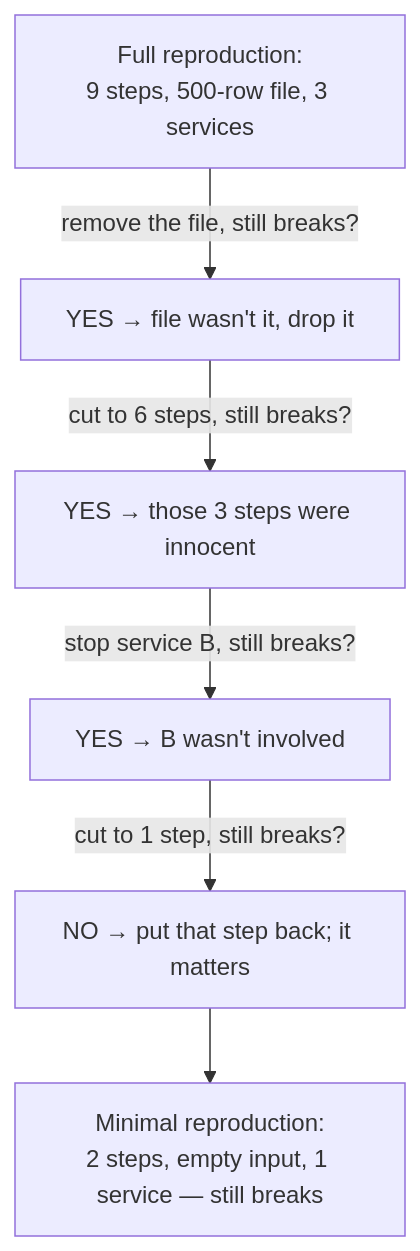
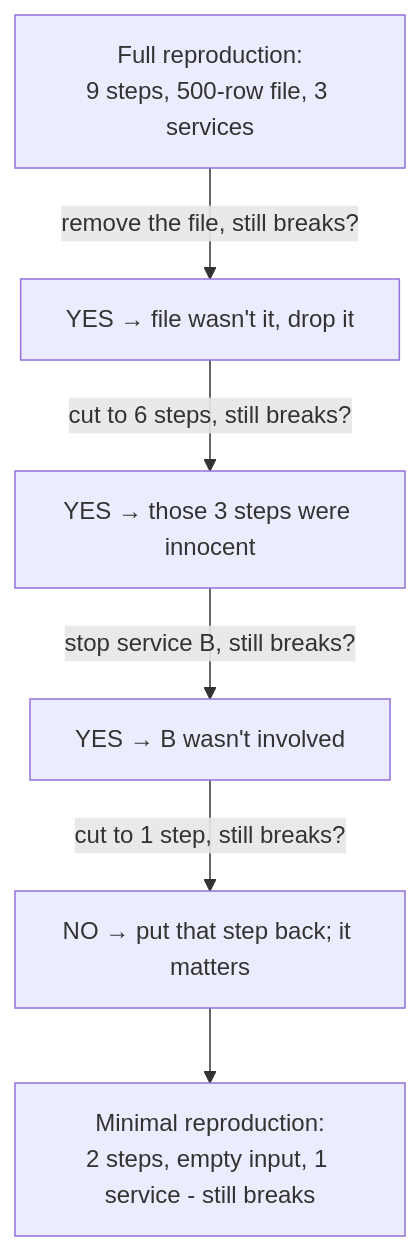
The diagram in guides/debugging/how-to-reproduce-a-bug/02-nailing-it-down.md (Topurrra/themissingmanual), drawn with Mermaid before and after one commit. The commit also changed other lines of this file and 1072 other files, not shown here.

````diff
--- a/guides/debugging/how-to-reproduce-a-bug/02-nailing-it-down.md
+++ b/guides/debugging/how-to-reproduce-a-bug/02-nailing-it-down.md
@@ -79,8 +79,8 @@
 ```mermaid
 flowchart TD
   full["Full reproduction:<br/>9 steps, 500-row file, 3 services"] -->|remove the file, still breaks?| f1["YES → file wasn't it, drop it"]
   f1 -->|cut to 6 steps, still breaks?| f2["YES → those 3 steps were innocent"]
   f2 -->|stop service B, still breaks?| f3["YES → B wasn't involved"]
   f3 -->|cut to 1 step, still breaks?| f4["NO → put that step back; it matters"]
-  f4 --> minimal["Minimal reproduction:<br/>2 steps, empty input, 1 service — still breaks"]
+  f4 --> minimal["Minimal reproduction:<br/>2 steps, empty input, 1 service - still breaks"]
 ```
````
